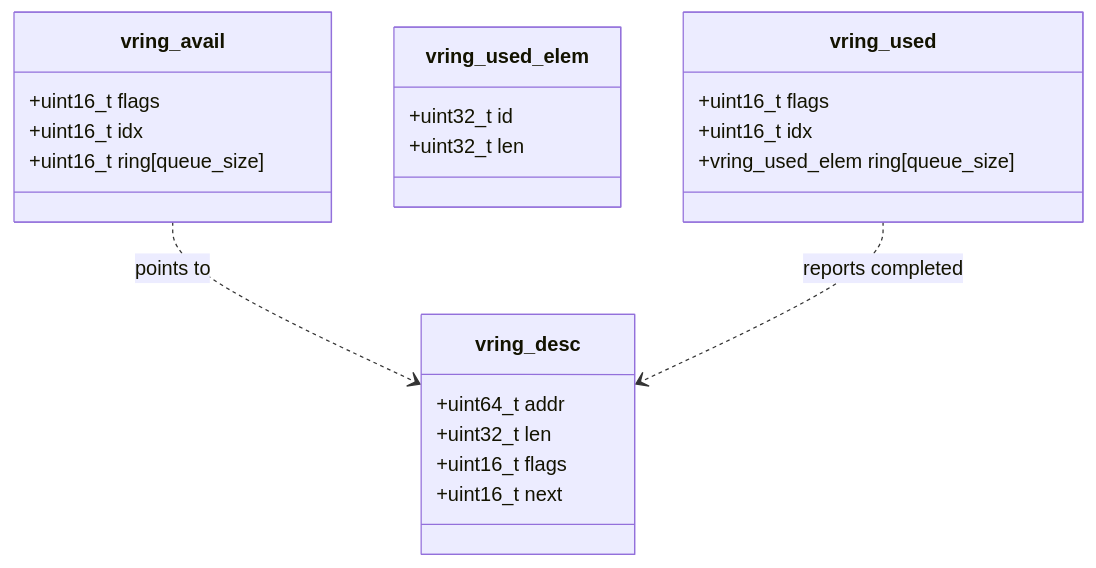
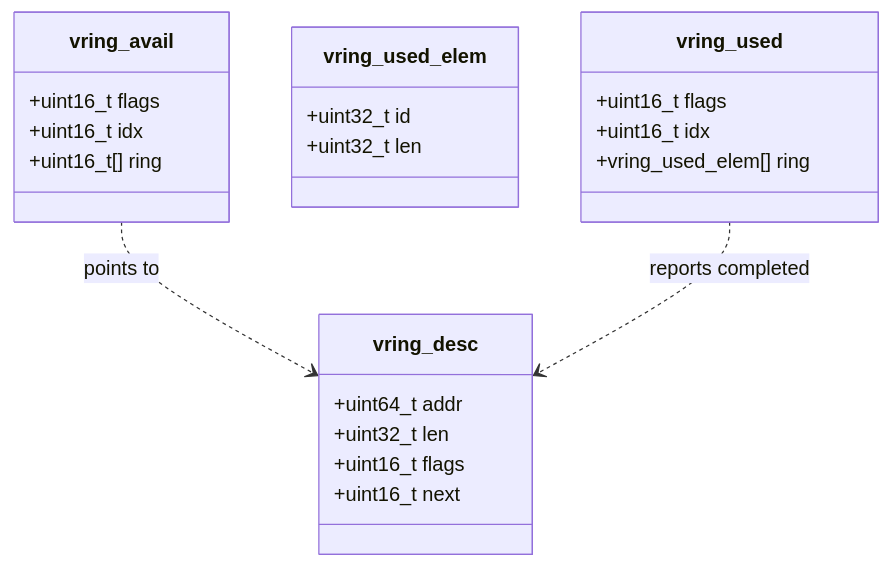
One commit to vikman90/bangos changed the second of 2 diagrams in docs/14-virtio-network-driver.md. Above: the diagram before and after it, drawn with Mermaid. The commit also changed other lines of this file and 4 other files, not shown here.

First line of the commit message:
fix(docs): correct Mermaid diagram syntax across documentation

````diff
--- a/docs/14-virtio-network-driver.md
+++ b/docs/14-virtio-network-driver.md
@@ -136,25 +136,25 @@
 ```mermaid
 classDiagram
     class vring_desc {
         +uint64_t addr
         +uint32_t len
         +uint16_t flags
         +uint16_t next
     }
     class vring_avail {
         +uint16_t flags
         +uint16_t idx
-        +uint16_t ring[queue_size]
+        +uint16_t[] ring
     }
     class vring_used_elem {
         +uint32_t id
         +uint32_t len
     }
     class vring_used {
         +uint16_t flags
         +uint16_t idx
-        +vring_used_elem ring[queue_size]
+        +vring_used_elem[] ring
     }
     vring_avail ..> vring_desc : points to
     vring_used ..> vring_desc : reports completed
 ```
````
